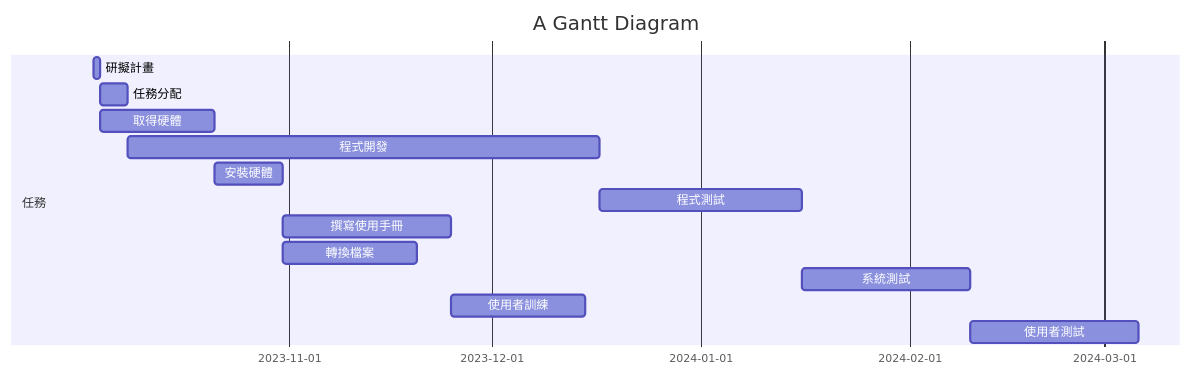
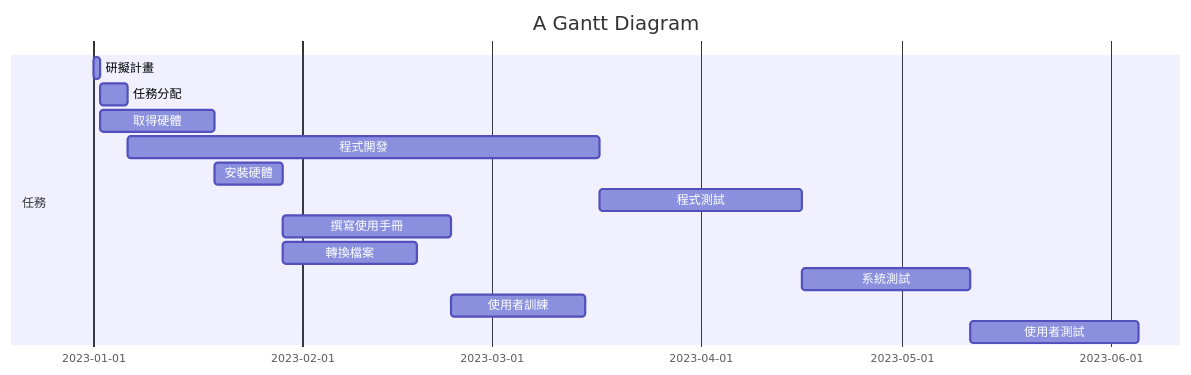
Before and after one commit to huixin04/SA_2023: the first of 2 diagrams in hw2.md, drawn with Mermaid.

````diff
--- a/hw2.md
+++ b/hw2.md
@@ -4,18 +4,18 @@
 ```mermaid
 gantt
     title A Gantt Diagram
 
     section 任務 
-     研擬計畫          :a1, 2023-10-03, 1d
+     研擬計畫          :a1, 2023-01-01, 1d
      任務分配          :a2, after a1, 4d
      取得硬體          :a3, after a1, 17d
      程式開發          :a4, after a2, 70d
      安裝硬體          :a5, after a3, 10d
      程式測試          :a6, after a4, 30d
      撰寫使用手冊       :a7, after a5, 25d
      轉換檔案           :a8, after a5, 20d
      系統測試           :a9, after a6, 25d
      使用者訓練         :a10,after a7, 20d
      使用者測試         :a11,after a9, 25d
     
 ```
````
